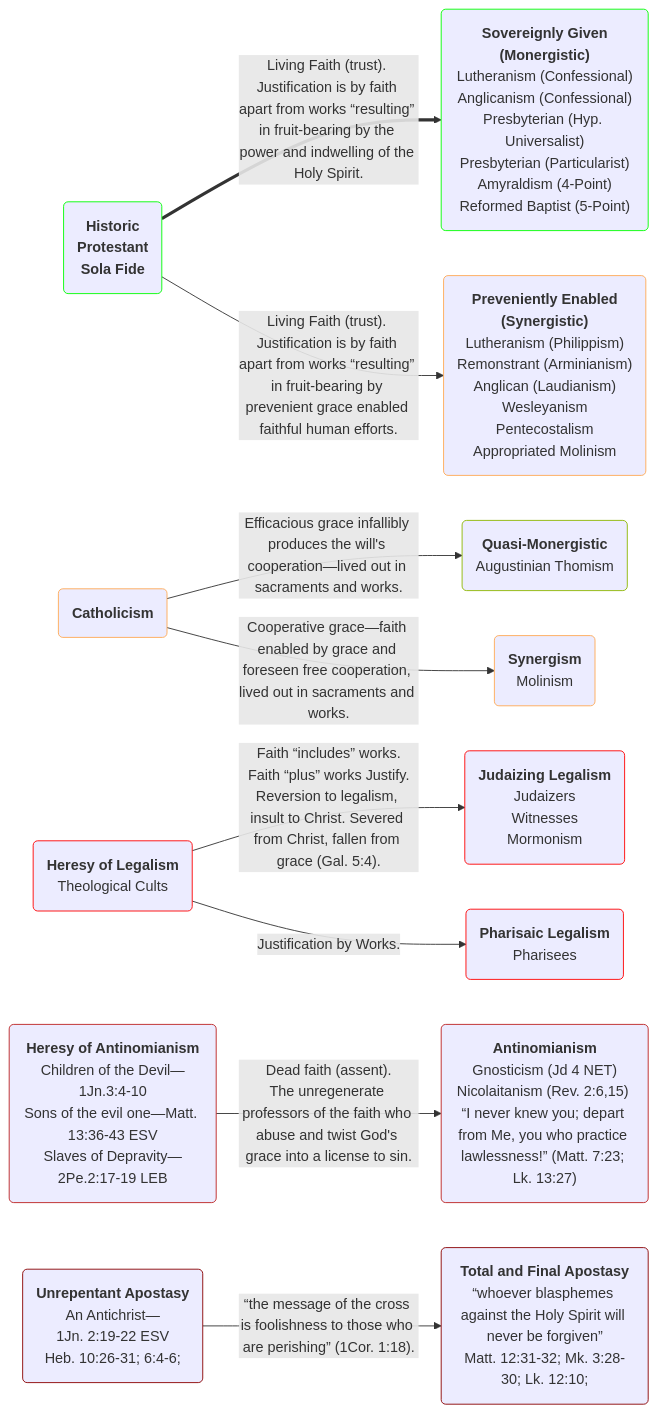
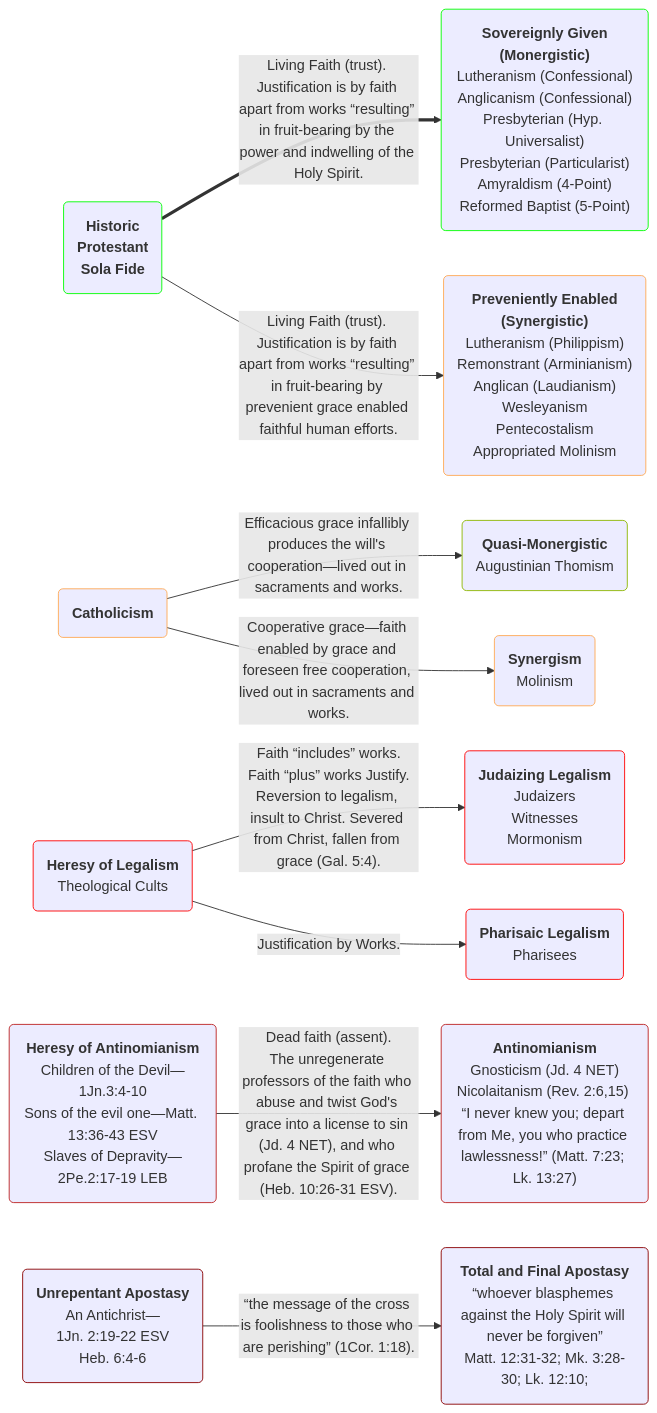
Before and after one commit to OrdoLuminis/ordoluminis.github.io: the first of 3 diagrams in _posts/2025-08-03-historic-protestant-position.markdown, drawn with Mermaid. The commit also changed other lines of this file, not shown here.

````diff
--- a/_posts/2025-08-03-historic-protestant-position.markdown
+++ b/_posts/2025-08-03-historic-protestant-position.markdown
@@ -55,23 +55,23 @@
 ```mermaid
 flowchart LR
     A(<strong>Historic<br>Protestant<br>Sola Fide</strong>):::green
     B(<strong>Catholicism</strong>):::orange
     C(<strong>Heresy of Legalism</strong><br>Theological Cults):::red
     D(<strong>Heresy of Antinomianism</strong><br>Children of the Devil&mdash;1Jn.3:4-10<br>Sons of the evil one&mdash;Matt. 13:36-43 ESV<br>Slaves of Depravity&mdash;2Pe.2:17-19 LEB):::firebrick
-    F(<strong>Unrepentant Apostasy</strong><br>An Antichrist&mdash;<br>1Jn. 2:19-22 ESV<br>Heb. 10:26-31; 6:4-6;):::darkred
+    F(<strong>Unrepentant Apostasy</strong><br>An Antichrist&mdash;<br>1Jn. 2:19-22 ESV<br>Heb. 6:4-6):::darkred
     A ==>|Living Faith &lpar;trust&rpar;. Justification is by faith apart from works &ldquo;resulting&rdquo; in fruit-bearing by the power and indwelling of the Holy Spirit.| G(<strong>Sovereignly Given<br>&lpar;Monergistic&rpar;</strong><br>Lutheranism &lpar;Confessional&rpar;<br>Anglicanism &lpar;Confessional&rpar;<br>Presbyterian &lpar;Hyp. Universalist&rpar;<br>Presbyterian &lpar;Particularist&rpar;<br>Amyraldism &lpar;4-Point&rpar;<br>Reformed Baptist &lpar;5-Point&rpar;):::green
     A -->|Living Faith &lpar;trust&rpar;. Justification is by faith apart from works &ldquo;resulting&rdquo; in fruit-bearing by prevenient grace enabled faithful human efforts.| H(<strong>Preveniently Enabled<br>&lpar;Synergistic&rpar;</strong><br>Lutheranism &lpar;Philippism&rpar;<br>Remonstrant &lpar;Arminianism&rpar;<br>Anglican &lpar;Laudianism&rpar;<br>Wesleyanism<br>Pentecostalism<br>Appropriated Molinism):::orange
     B -->|Efficacious grace infallibly produces the will's cooperation&mdash;lived out in sacraments and works.| I(<strong>Quasi-Monergistic</strong><br>Augustinian Thomism):::yellowgreen
     B -->|Cooperative grace&mdash;faith enabled by grace and foreseen free cooperation, lived out in sacraments and works.| J(<strong>Synergism</strong><br>Molinism):::orange
     C -->|Faith &ldquo;includes&rdquo; works.<br>Faith &ldquo;plus&rdquo; works Justify.<br>Reversion to legalism, insult to Christ. Severed from Christ, fallen from grace &lpar;Gal. 5:4&rpar;.| K(<strong>Judaizing Legalism</strong><br>Judaizers<br>Witnesses<br>Mormonism):::red
     C -->|Justification by Works.| L(<strong>Pharisaic Legalism</strong><br>Pharisees<br>):::red
-    D -->|Dead faith &lpar;assent&rpar;.<br>The unregenerate professors of the faith who abuse and twist God's grace into a license to sin.| M(<strong>Antinomianism</strong><br>Gnosticism &lpar;Jd 4 NET&rpar;<br>Nicolaitanism &lpar;Rev. 2:6,15&rpar; &ldquo;I never knew you; depart from Me, you who practice lawlessness!&rdquo; &lpar;Matt. 7:23; Lk. 13:27&rpar;):::firebrick
+    D -->|Dead faith &lpar;assent&rpar;.<br>The unregenerate professors of the faith who abuse and twist God's grace into a license to sin &lpar;Jd. 4 NET&rpar;, and who profane the Spirit of grace &lpar;Heb. 10:26-31 ESV&rpar;.| M(<strong>Antinomianism</strong><br>Gnosticism &lpar;Jd. 4 NET&rpar;<br>Nicolaitanism &lpar;Rev. 2:6,15&rpar; &ldquo;I never knew you; depart from Me, you who practice lawlessness!&rdquo; &lpar;Matt. 7:23; Lk. 13:27&rpar;):::firebrick
     F -->|&ldquo;the message of the cross is foolishness to those who are perishing&rdquo; &lpar;1Cor. 1:18&rpar;.| N(<strong>Total and Final Apostasy</strong><br>&ldquo;whoever blasphemes against the Holy Spirit will never be forgiven&rdquo;<br>Matt. 12:31-32; Mk. 3:28-30; Lk. 12:10;):::darkred
     classDef red stroke:#f00
     classDef green stroke:#0f0
     classDef yellowgreen stroke:#8db600
     classDef orange stroke:#fa5
     classDef firebrick stroke:#b22
     classDef darkred stroke:#8B0000
     classDef darkerred stroke:#701705
 ```
````
